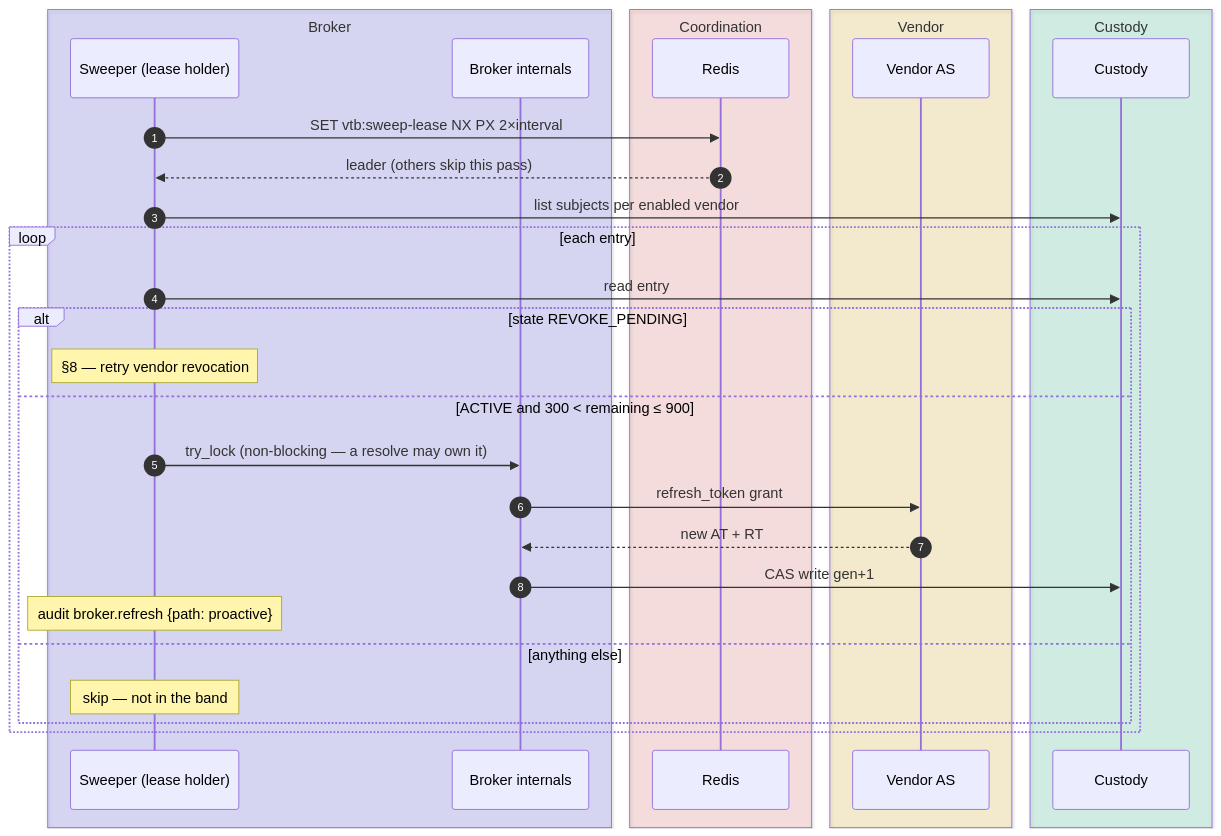
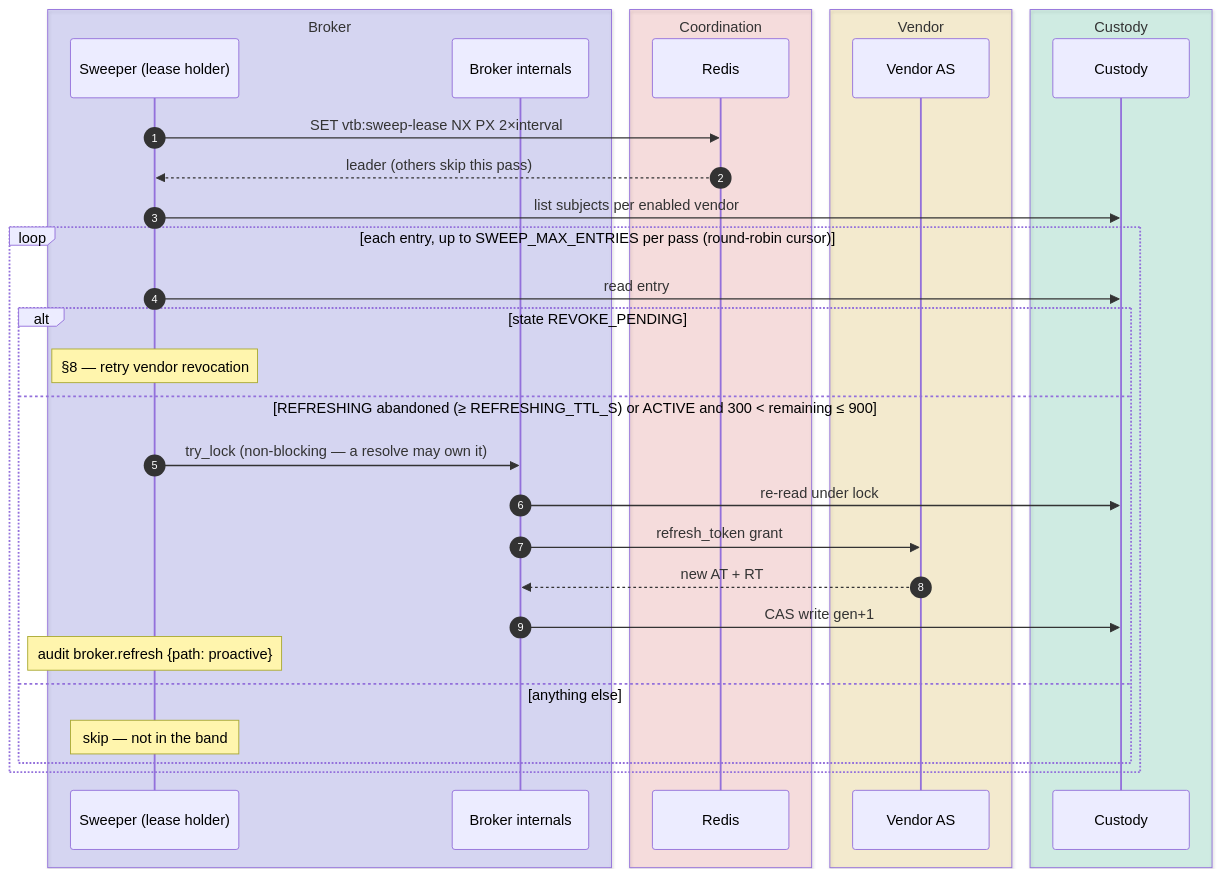
One commit to chief-builder/vendor-token-broker changed the fifth of 10 diagrams in docs/token-lifecycle.md. Above: the diagram before and after it, drawn with Mermaid. The commit also changed other lines of this file and 20 other files, not shown here.

````diff
--- a/docs/token-lifecycle.md
+++ b/docs/token-lifecycle.md
@@ -212,35 +212,36 @@
 ```mermaid
 sequenceDiagram
     autonumber
     box rgba(99,102,241,0.20) Broker
         participant S as Sweeper (lease holder)
         participant B as Broker internals
     end
     box rgba(239,68,68,0.14) Coordination
         participant R as Redis
     end
     box rgba(234,179,8,0.16) Vendor
         participant V as Vendor AS
     end
     box rgba(16,185,129,0.16) Custody
         participant K as Custody
     end
 
     S->>R: SET vtb:sweep-lease NX PX 2×interval
     R-->>S: leader (others skip this pass)
     S->>K: list subjects per enabled vendor
-    loop each entry
+    loop each entry, up to SWEEP_MAX_ENTRIES per pass (round-robin cursor)
         S->>K: read entry
         alt state REVOKE_PENDING
             Note over S: §8 — retry vendor revocation
-        else ACTIVE and 300 < remaining ≤ 900
+        else REFRESHING abandoned (≥ REFRESHING_TTL_S) or ACTIVE and 300 < remaining ≤ 900
             S->>B: try_lock (non-blocking — a resolve may own it)
+            B->>K: re-read under lock
             B->>V: refresh_token grant
             V-->>B: new AT + RT
             B->>K: CAS write gen+1
             Note over S: audit broker.refresh {path: proactive}
         else anything else
             Note over S: skip — not in the band
         end
     end
 ```
````
